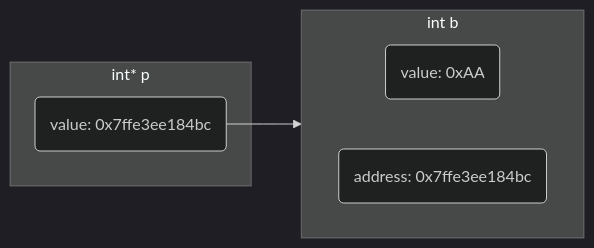
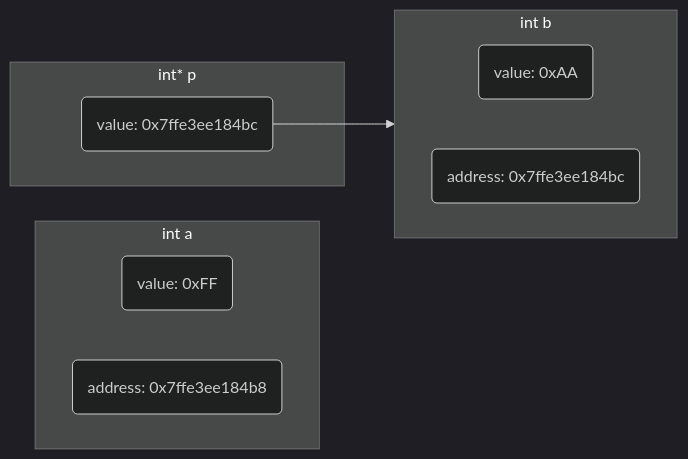
One commit to dmjcb/dmjcb.github.io changed the fifth of 11 diagrams in _posts/language/c_c++/pointer/2022-01-08-指针.md. Above: the diagram before and after it, drawn with Mermaid (dark theme). The commit also changed other lines of this file and 9 other files, not shown here.

````diff
--- a/_posts/language/c_c++/pointer/2022-01-08-指针.md
+++ b/_posts/language/c_c++/pointer/2022-01-08-指针.md
@@ -158,12 +160,17 @@
 ```mermaid
 graph LR;
     subgraph S3[int b]
         direction LR
         V3(value: 0xAA)
         A3(address: 0x7ffe3ee184bc)
     end
+    subgraph S1[int a]
+        direction LR
+        V2(value: 0xFF)
+        A2(address: 0x7ffe3ee184b8)
+    end
     subgraph S2[int* p]
         V1(value: 0x7ffe3ee184bc)
     end
     V1-->A3
 ```
````
